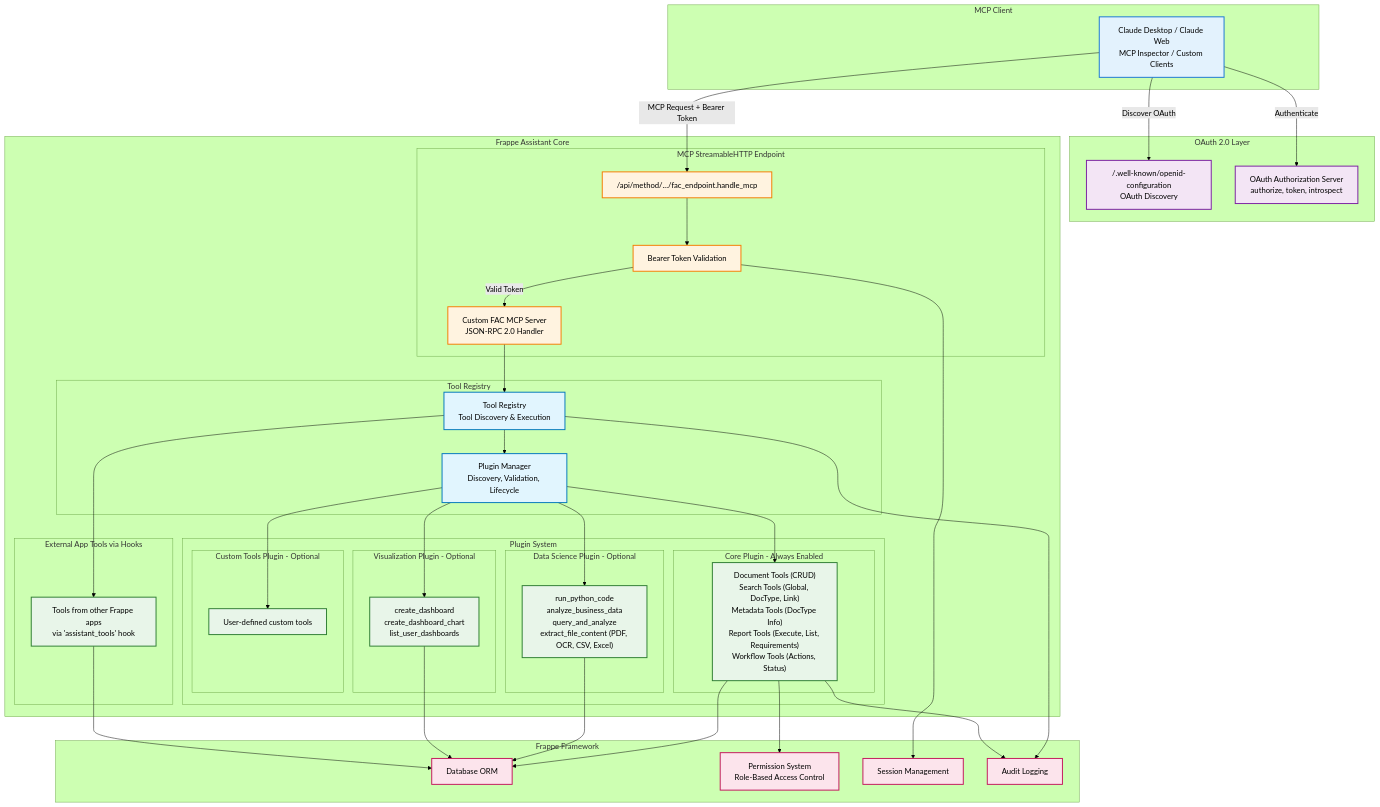
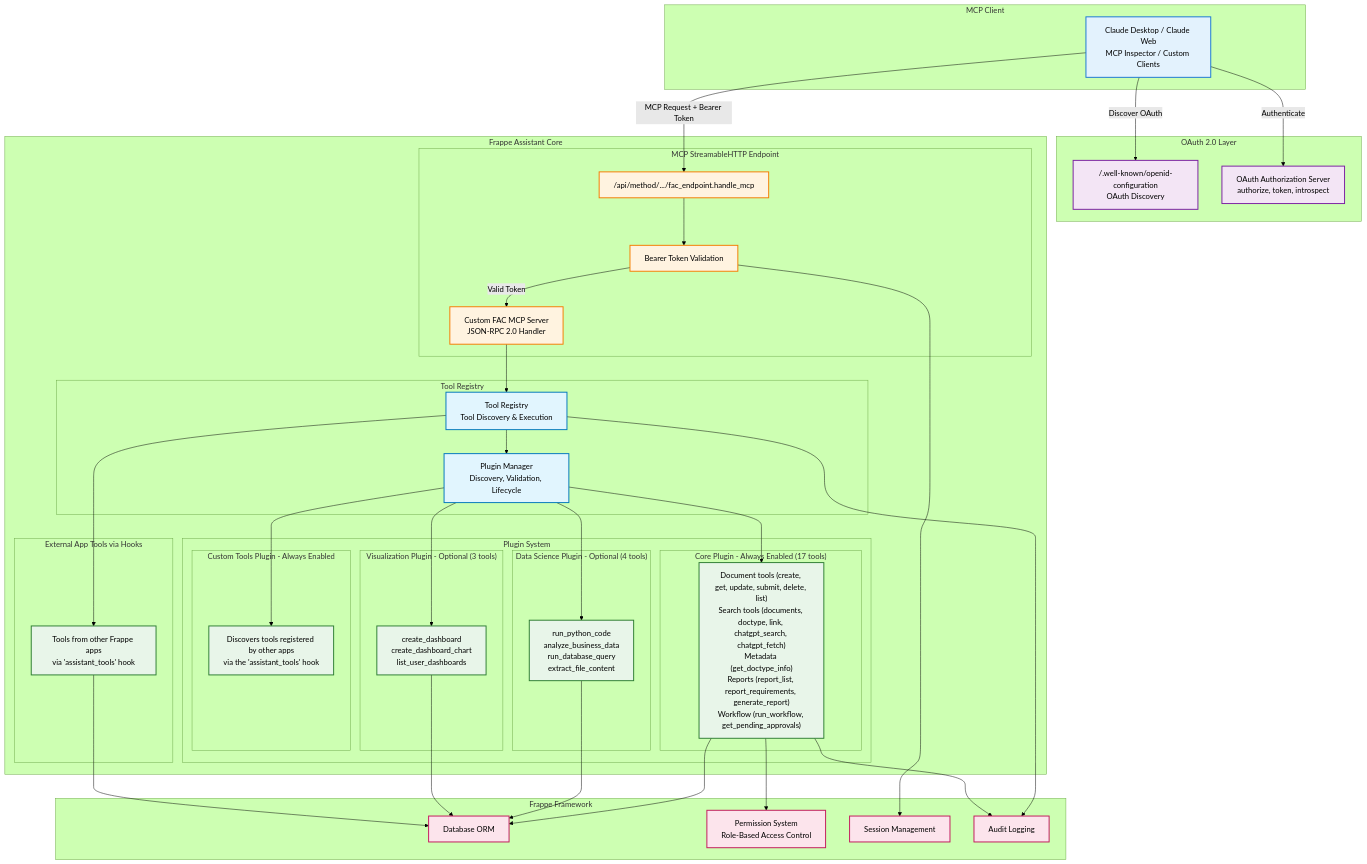
Before and after one commit to buildswithpaul/fac-docs: the first of 2 diagrams in docs/internals/architecture.md, drawn with Mermaid (forest theme). The commit also changed other lines of this file and 44 other files, not shown here.

```diff
--- a/docs/internals/architecture.md
+++ b/docs/internals/architecture.md
@@ -30,20 +30,20 @@
         end
 
         subgraph "Plugin System"
-            subgraph "Core Plugin - Always Enabled"
-                CoreTools["Document Tools (CRUD)<br/>Search Tools (Global, DocType, Link)<br/>Metadata Tools (DocType Info)<br/>Report Tools (Execute, List, Requirements)<br/>Workflow Tools (Actions, Status)"]
+            subgraph "Core Plugin - Always Enabled (17 tools)"
+                CoreTools["Document tools (create, get, update, submit, delete, list)<br/>Search tools (documents, doctype, link, chatgpt_search, chatgpt_fetch)<br/>Metadata (get_doctype_info)<br/>Reports (report_list, report_requirements, generate_report)<br/>Workflow (run_workflow, get_pending_approvals)"]
             end
 
-            subgraph "Data Science Plugin - Optional"
-                DataScienceTools["run_python_code<br/>analyze_business_data<br/>query_and_analyze<br/>extract_file_content (PDF, OCR, CSV, Excel)"]
+            subgraph "Data Science Plugin - Optional (4 tools)"
+                DataScienceTools["run_python_code<br/>analyze_business_data<br/>run_database_query<br/>extract_file_content"]
             end
 
-            subgraph "Visualization Plugin - Optional"
+            subgraph "Visualization Plugin - Optional (3 tools)"
                 VisualizationTools["create_dashboard<br/>create_dashboard_chart<br/>list_user_dashboards"]
             end
 
-            subgraph "Custom Tools Plugin - Optional"
-                CustomTools["User-defined custom tools"]
+            subgraph "Custom Tools Plugin - Always Enabled"
+                CustomTools["Discovers tools registered by other apps<br/>via the 'assistant_tools' hook"]
             end
         end
 
```
